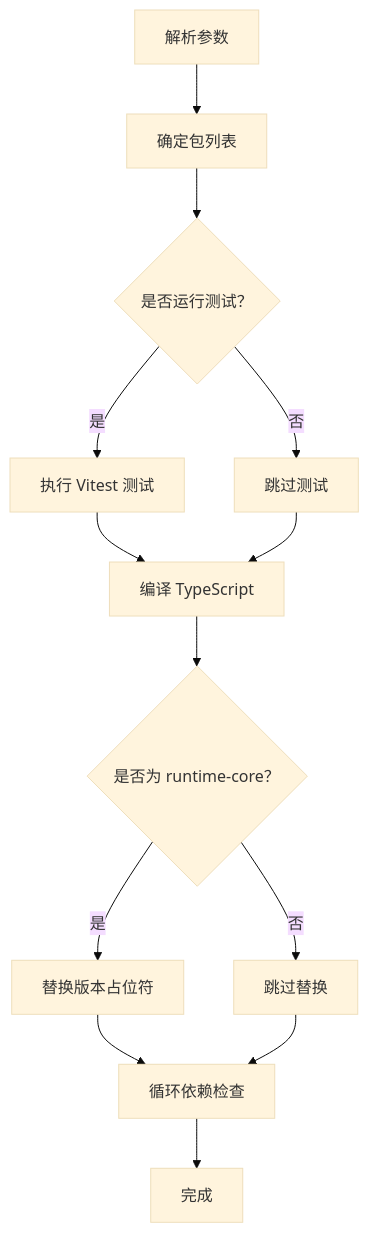
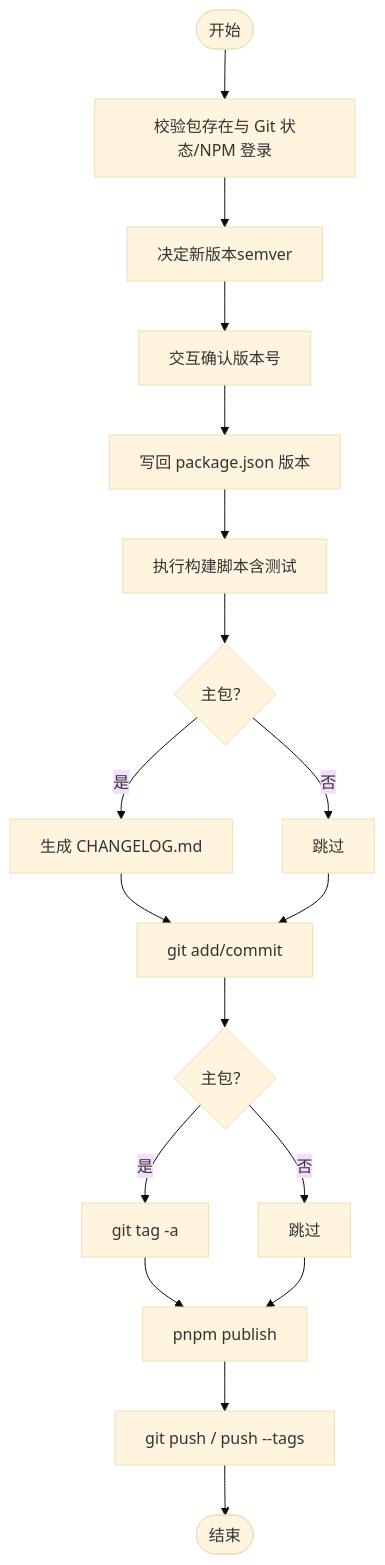
One commit to vitarx-lib/core changed the fourth of 5 diagrams in .qoder/repowiki/zh/content/贡献指南.md. Above: the diagram before and after it, drawn with Mermaid (base theme). The commit also changed other lines of this file and 62 other files, not shown here.

````diff
--- a/.qoder/repowiki/zh/content/贡献指南.md
+++ b/.qoder/repowiki/zh/content/贡献指南.md
@@ -168,15 +161,20 @@
 ```mermaid
 flowchart TD
-A["解析参数"] --> B["确定包列表"]
-B --> C{"是否运行测试？"}
-C --> |是| D["执行 Vitest 测试"]
-C --> |否| E["跳过测试"]
-D --> F["编译 TypeScript"]
-E --> F
-F --> G{"是否为 runtime-core？"}
-G --> |是| H["替换版本占位符"]
-G --> |否| I["跳过替换"]
-H --> J["循环依赖检查"]
-I --> J
-J --> K["完成"]
+RStart(["开始"]) --> Validate["校验包存在与 Git 状态/NPM 登录"]
+Validate --> DecideVer["决定新版本semver"]
+DecideVer --> Confirm["交互确认版本号"]
+Confirm --> Upgrade["写回 package.json 版本"]
+Upgrade --> Build["执行构建脚本含测试"]
+Build --> Changelog{"主包？"}
+Changelog --> |是| GenCL["生成 CHANGELOG.md"]
+Changelog --> |否| SkipCL["跳过"]
+GenCL --> Commit["git add/commit"]
+SkipCL --> Commit
+Commit --> Tag{"主包？"}
+Tag --> |是| AddTag["git tag -a"]
+Tag --> |否| SkipTag["跳过"]
+AddTag --> Publish["pnpm publish"]
+SkipTag --> Publish
+Publish --> Push["git push / push --tags"]
+Push --> REnd(["结束"])
 ```
````
